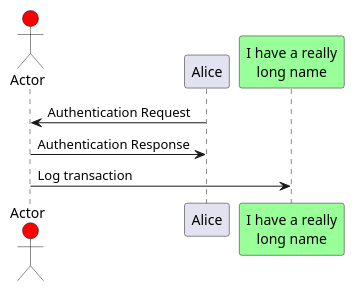
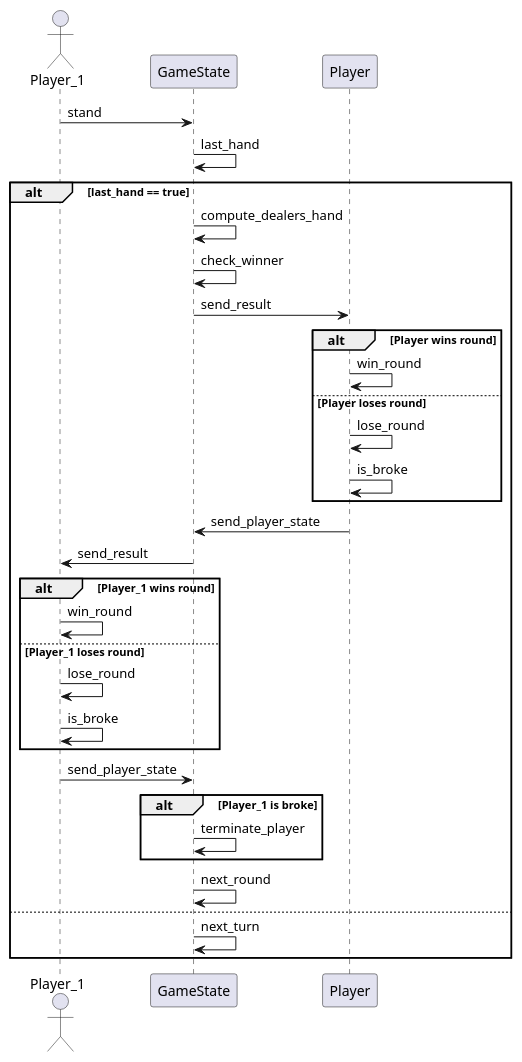
One commit to luca-commits/blackjack changed the diagram in sds/sd_endofround.puml. Above: the diagram before and after it, drawn with PlantUML. The commit also changed 3 other files, not shown here.

```diff
--- a/sds/sd_endofround.puml
+++ b/sds/sd_endofround.puml
@@ -1,14 +1,45 @@
 @startuml
-actor Actor #red
+actor Player_1
 ' The only difference between actor
 'and participant is the drawing
-participant Alice
-participant "I have a really\nlong name" as L #99FF99
+participant GameState
+participant Player
 /' You can also declare:
    participant L as "I have a really\nlong name"  #99FF99
   '/
 
-Alice->Actor: Authentication Request
-Actor->Alice: Authentication Response
-Actor->L: Log transaction
+Player_1->GameState: stand
+GameState->GameState: last_hand
+alt last_hand == true
+  GameState->GameState: compute_dealers_hand
+  GameState->GameState: check_winner
+  
+  GameState->Player: send_result
+  alt Player wins round
+    Player->Player: win_round
+  else Player loses round
+    Player->Player: lose_round
+    Player->Player: is_broke
+  end
+  Player->GameState: send_player_state
+
+  GameState->Player_1: send_result
+  alt Player_1 wins round
+    Player_1->Player_1: win_round
+  else Player_1 loses round
+    Player_1->Player_1: lose_round
+    Player_1->Player_1: is_broke
+  end
+
+  Player_1->GameState: send_player_state
+  alt Player_1 is broke
+    GameState->GameState: terminate_player 
+  end
+
+  GameState->GameState: next_round
+
+else 
+  GameState->GameState: next_turn
+  end
+
 @enduml
```
